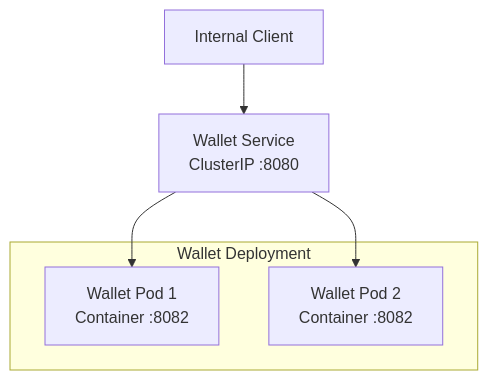
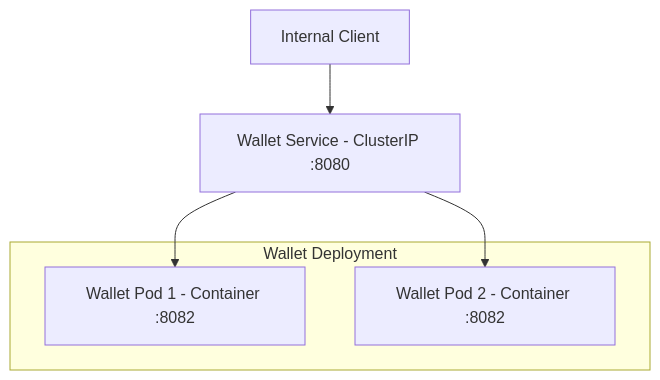
One commit to blueskysagar/pulsepay changed the ninth of 9 diagrams in README.md. Above: the diagram before and after it, drawn with Mermaid. The commit also changed other lines of this file, not shown here.

````diff
--- a/README.md
+++ b/README.md
@@ -1201,14 +1201,14 @@
 ```mermaid
 flowchart TB
     Client["Internal Client"]
-    Service["Wallet Service<br/>ClusterIP :8080"]
+    Service["Wallet Service - ClusterIP :8080"]
 
     subgraph Deployment["Wallet Deployment"]
-        Pod1["Wallet Pod 1<br/>Container :8082"]
-        Pod2["Wallet Pod 2<br/>Container :8082"]
+        Pod1["Wallet Pod 1 - Container :8082"]
+        Pod2["Wallet Pod 2 - Container :8082"]
     end
 
     Client --> Service
     Service --> Pod1
     Service --> Pod2
 ```
````
